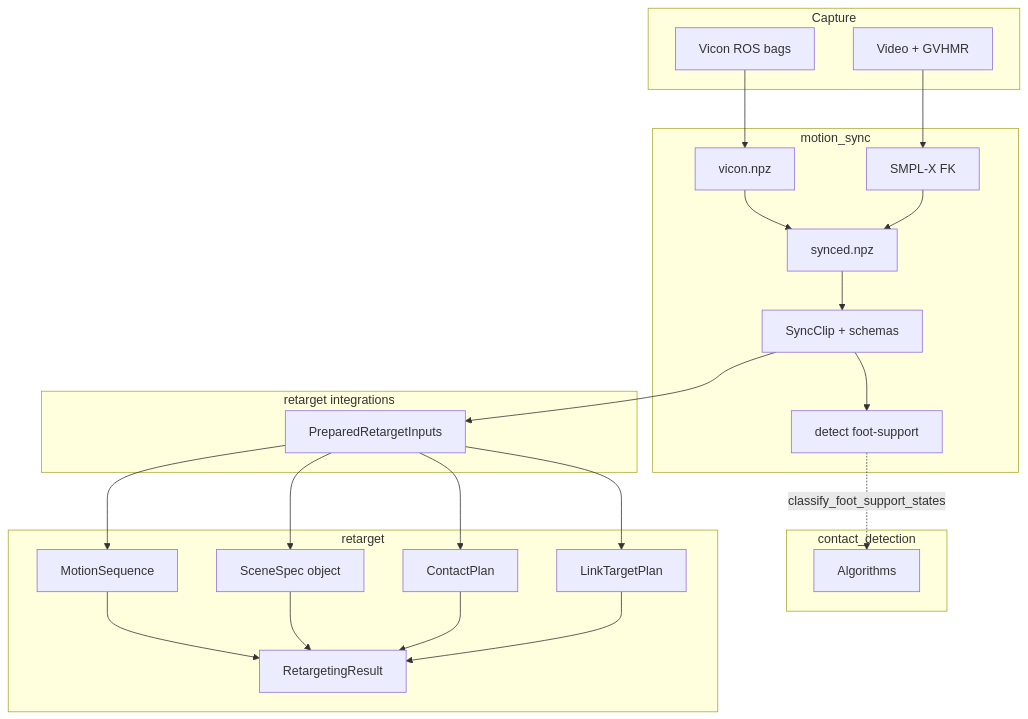
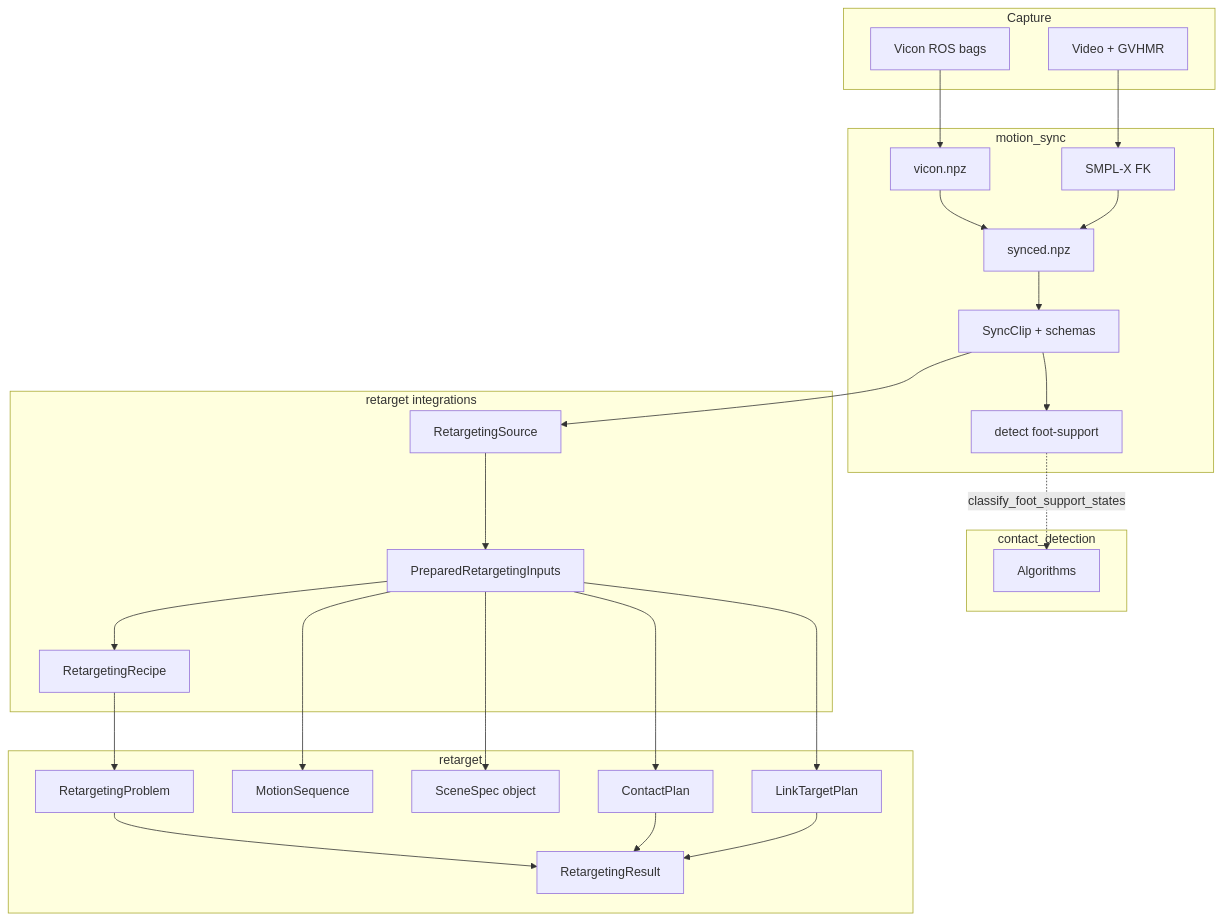
The diagram in docs/ecosystem/index.md (ryanrudes/retarget), drawn with Mermaid before and after one commit. The commit also changed 6 other files, not shown here.

First line of the commit message:
docs: document RetargetingRecipe and typed motion fields

````diff
--- a/docs/ecosystem/index.md
+++ b/docs/ecosystem/index.md
@@ -14,31 +14,33 @@
 ```mermaid
 flowchart TB
   subgraph capture [Capture]
     bags[Vicon ROS bags]
     video[Video + GVHMR]
   end
   subgraph ms [motion_sync]
     bags --> vicon[vicon.npz]
     video --> fkin[SMPL-X FK]
     vicon --> sync[synced.npz]
     fkin --> sync
     sync --> clip[SyncClip + schemas]
     clip --> detect[detect foot-support]
   end
   subgraph cd [contact_detection]
     detect -.->|classify_foot_support_states| algo[Algorithms]
   end
   subgraph adapter [retarget integrations]
-    clip --> prepared[PreparedRetargetInputs]
+    clip --> source[RetargetingSource]
+    source --> prepared[PreparedRetargetingInputs]
+    prepared --> recipe[RetargetingRecipe]
   end
   subgraph rt [retarget]
+    recipe --> problem[RetargetingProblem]
     prepared --> motion[MotionSequence]
     prepared --> scene[SceneSpec object]
     prepared --> contacts[ContactPlan]
     prepared --> targets[LinkTargetPlan]
-    motion --> result[RetargetingResult]
-    scene --> result
+    problem --> result[RetargetingResult]
     contacts --> result
     targets --> result
   end
 ```
````
